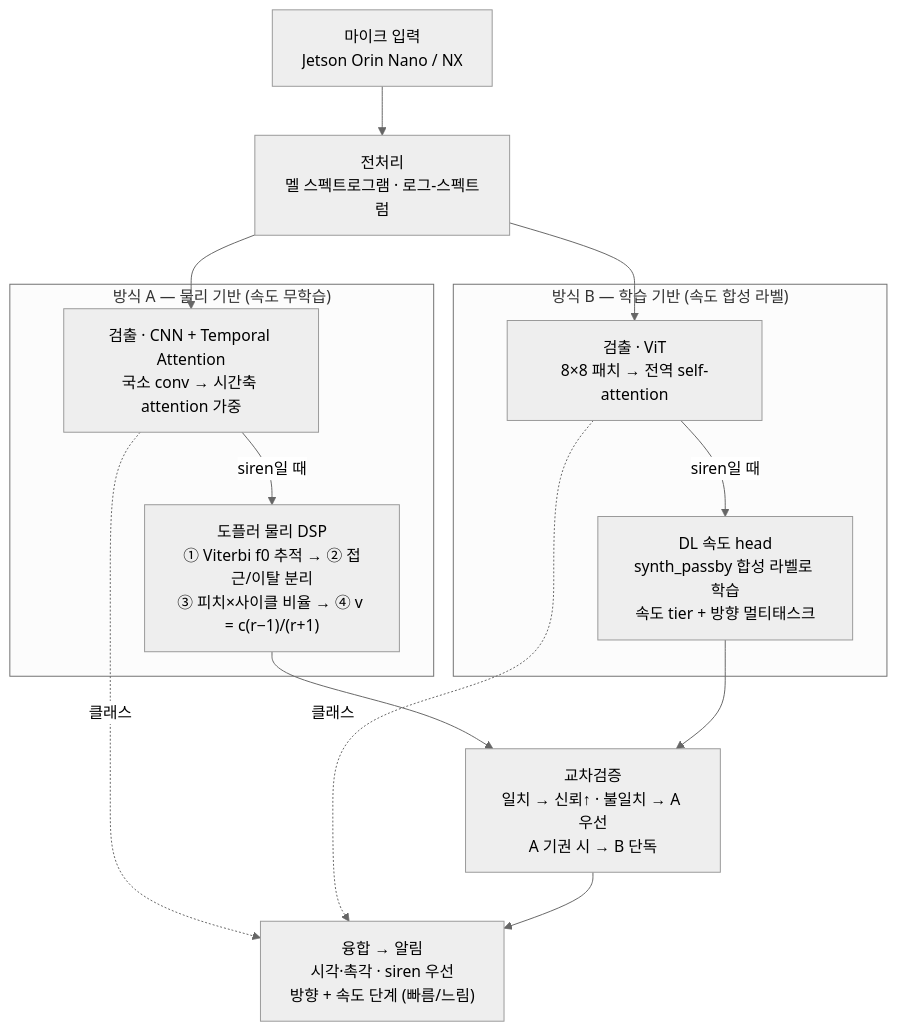
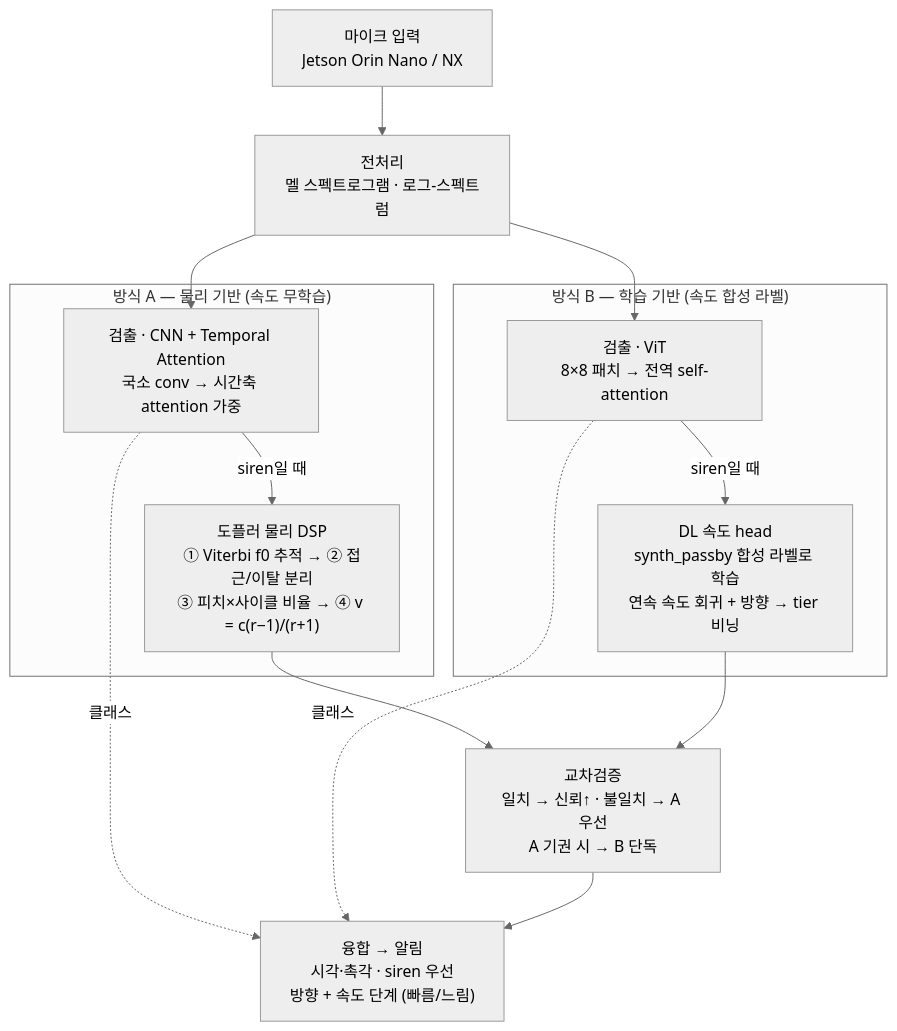
The diagram in README.md (EmergencySoundAssist/ViT-CNN-Attention), drawn with Mermaid (neutral theme) before and after one commit. The commit also changed 3 other files, not shown here.

````diff
--- a/README.md
+++ b/README.md
@@ -27,20 +27,20 @@
 ```mermaid
 flowchart TD
     MIC["마이크 입력<br/>Jetson Orin Nano / NX"] --> PRE["전처리<br/>멜 스펙트로그램 · 로그-스펙트럼"]
 
     subgraph MA["방식 A — 물리 기반 (속도 무학습)"]
         A1["검출 · CNN + Temporal Attention<br/>국소 conv → 시간축 attention 가중"] -->|"siren일 때"| A2["도플러 물리 DSP<br/>① Viterbi f0 추적 → ② 접근/이탈 분리<br/>③ 피치×사이클 비율 → ④ v = c(r−1)/(r+1)"]
     end
 
     subgraph MB["방식 B — 학습 기반 (속도 합성 라벨)"]
-        B1["검출 · ViT<br/>8×8 패치 → 전역 self-attention"] -->|"siren일 때"| B2["DL 속도 head<br/>synth_passby 합성 라벨로 학습<br/>속도 tier + 방향 멀티태스크"]
+        B1["검출 · ViT<br/>8×8 패치 → 전역 self-attention"] -->|"siren일 때"| B2["DL 속도 head<br/>synth_passby 합성 라벨로 학습<br/>연속 속도 회귀 + 방향 → tier 비닝"]
     end
 
     PRE --> A1
     PRE --> B1
     A2 --> XV["교차검증<br/>일치 → 신뢰↑ · 불일치 → A 우선<br/>A 기권 시 → B 단독"]
     B2 --> XV
     A1 -.->|"클래스"| FUSE
     B1 -.->|"클래스"| FUSE
     XV --> FUSE["융합 → 알림<br/>시각·촉각 · siren 우선<br/>방향 + 속도 단계 (빠름/느림)"]
 ```
````
